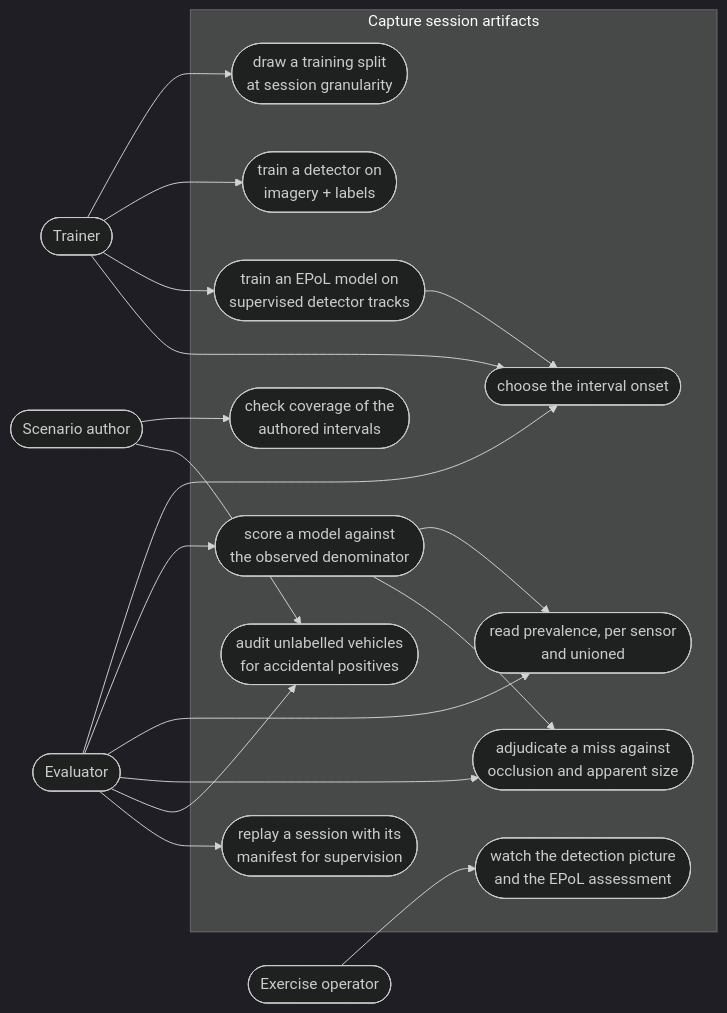
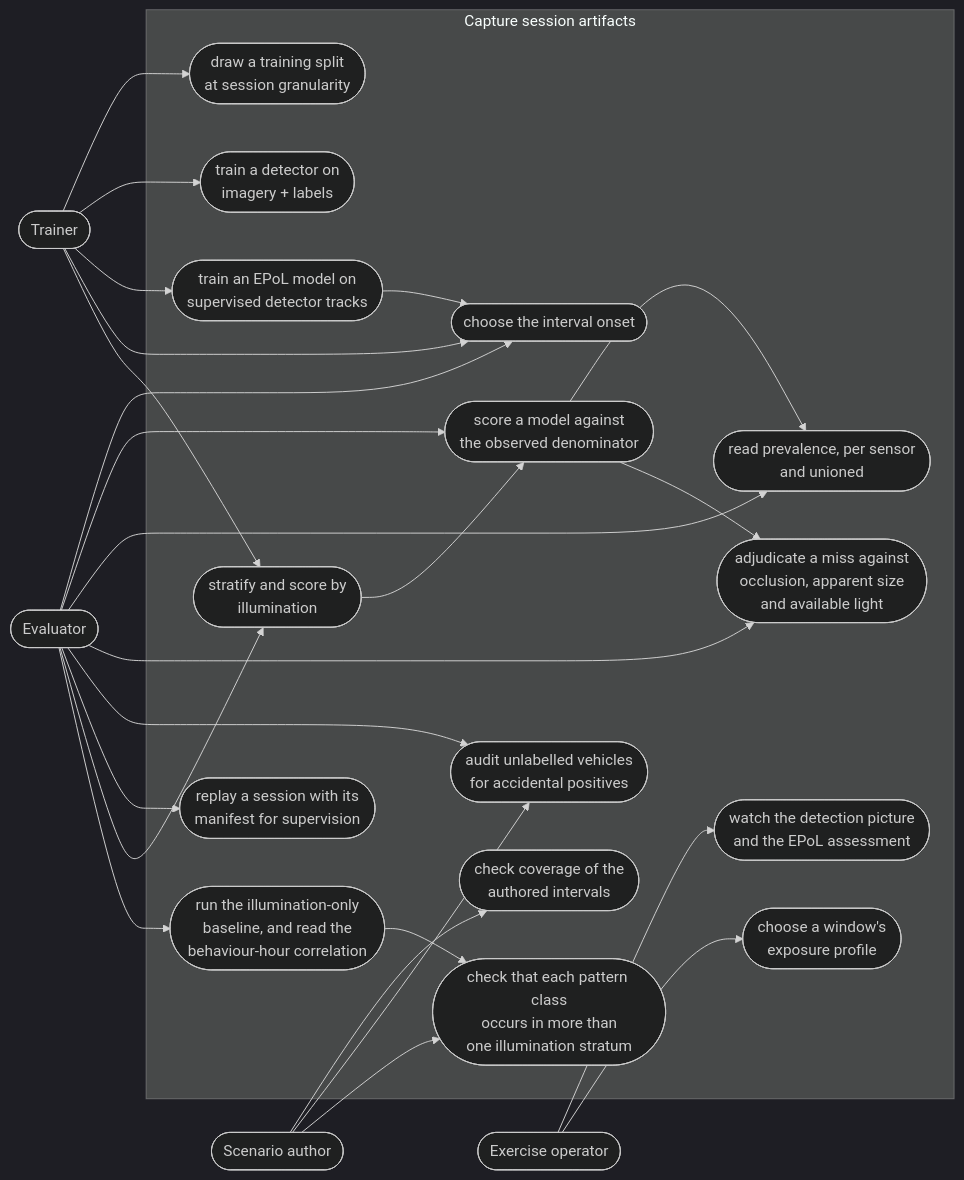
Before and after one commit to sbrett9/carla: the sixth of 6 diagrams in Docs/CAT_Research/Plans/SUMO_Behavioral_Capture/08_Collection_And_EPoL.md, drawn with Mermaid (dark theme). The commit also changed other lines of this file and 15 other files, not shown here.

````diff
--- a/Docs/CAT_Research/Plans/SUMO_Behavioral_Capture/08_Collection_And_EPoL.md
+++ b/Docs/CAT_Research/Plans/SUMO_Behavioral_Capture/08_Collection_And_EPoL.md
@@ -1560,39 +2876,50 @@
 ```mermaid
 flowchart LR
     TRAINER(["Trainer"])
     EVALUATOR(["Evaluator"])
     OPERATOR(["Exercise operator"])
     AUTHOR(["Scenario author"])
 
     subgraph SYS["Capture session artifacts"]
         U1(["draw a training split<br/>at session granularity"])
         U2(["train a detector on<br/>imagery + labels"])
         U3(["train an EPoL model on<br/>supervised detector tracks"])
         U4(["choose the interval onset"])
         U5(["score a model against<br/>the observed denominator"])
         U6(["read prevalence, per sensor<br/>and unioned"])
-        U7(["adjudicate a miss against<br/>occlusion and apparent size"])
+        U7(["adjudicate a miss against<br/>occlusion, apparent size<br/>and available light"])
         U8(["audit unlabelled vehicles<br/>for accidental positives"])
         U9(["replay a session with its<br/>manifest for supervision"])
         U10(["watch the detection picture<br/>and the EPoL assessment"])
         U11(["check coverage of the<br/>authored intervals"])
+        U12(["stratify and score by<br/>illumination"])
+        U13(["run the illumination-only<br/>baseline, and read the<br/>behaviour-hour correlation"])
+        U14(["check that each pattern class<br/>occurs in more than<br/>one illumination stratum"])
+        U15(["choose a window's<br/>exposure profile"])
     end
 
     TRAINER --> U1
     TRAINER --> U2
     TRAINER --> U3
     TRAINER --> U4
+    TRAINER --> U12
     EVALUATOR --> U4
     EVALUATOR --> U5
     EVALUATOR --> U6
     EVALUATOR --> U7
     EVALUATOR --> U8
     EVALUATOR --> U9
+    EVALUATOR --> U12
+    EVALUATOR --> U13
     OPERATOR --> U10
+    OPERATOR --> U15
     AUTHOR --> U11
     AUTHOR --> U8
+    AUTHOR --> U14
 
     U5 --> U6
     U5 --> U7
     U3 --> U4
+    U12 --> U5
+    U13 --> U14
 ```
````
